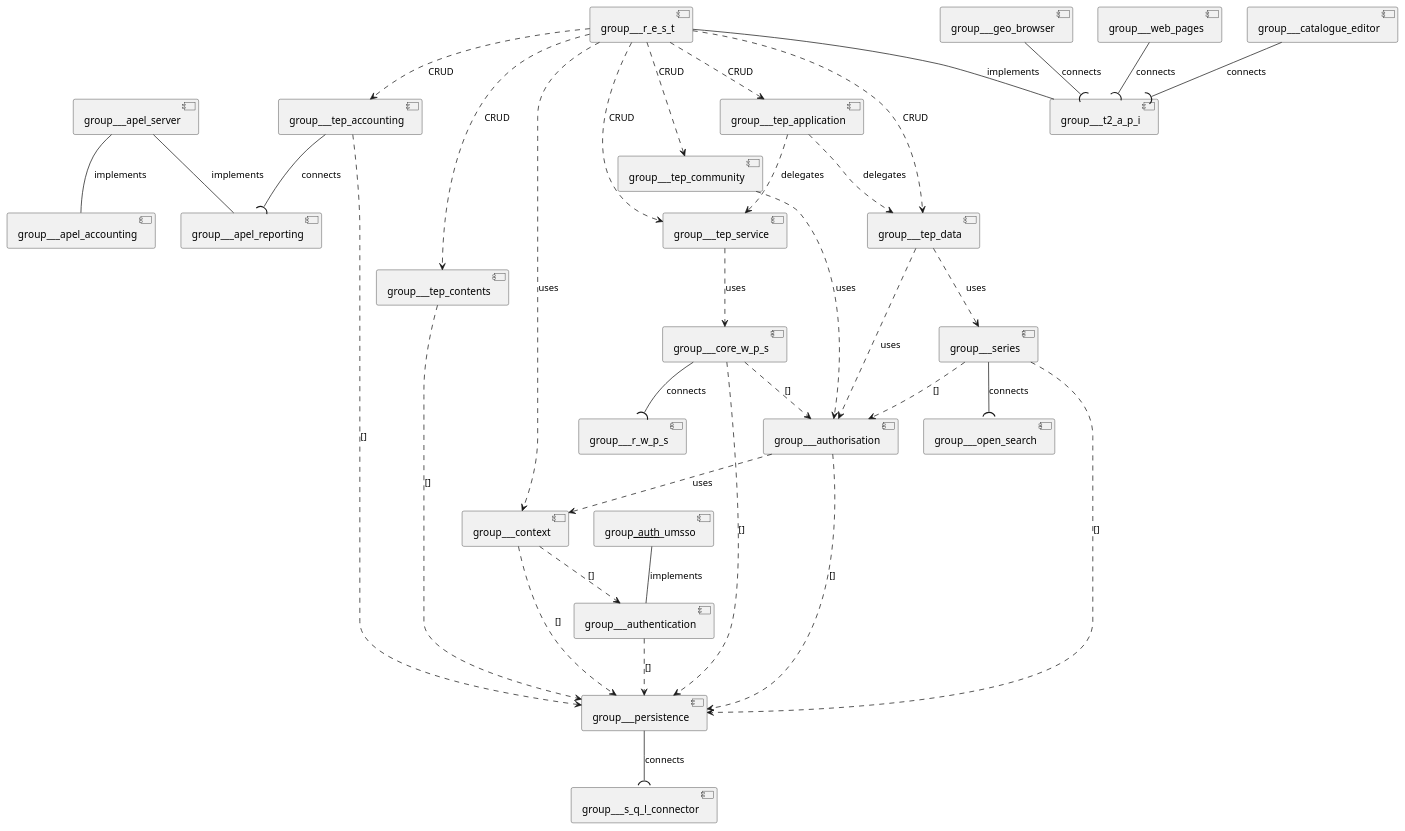
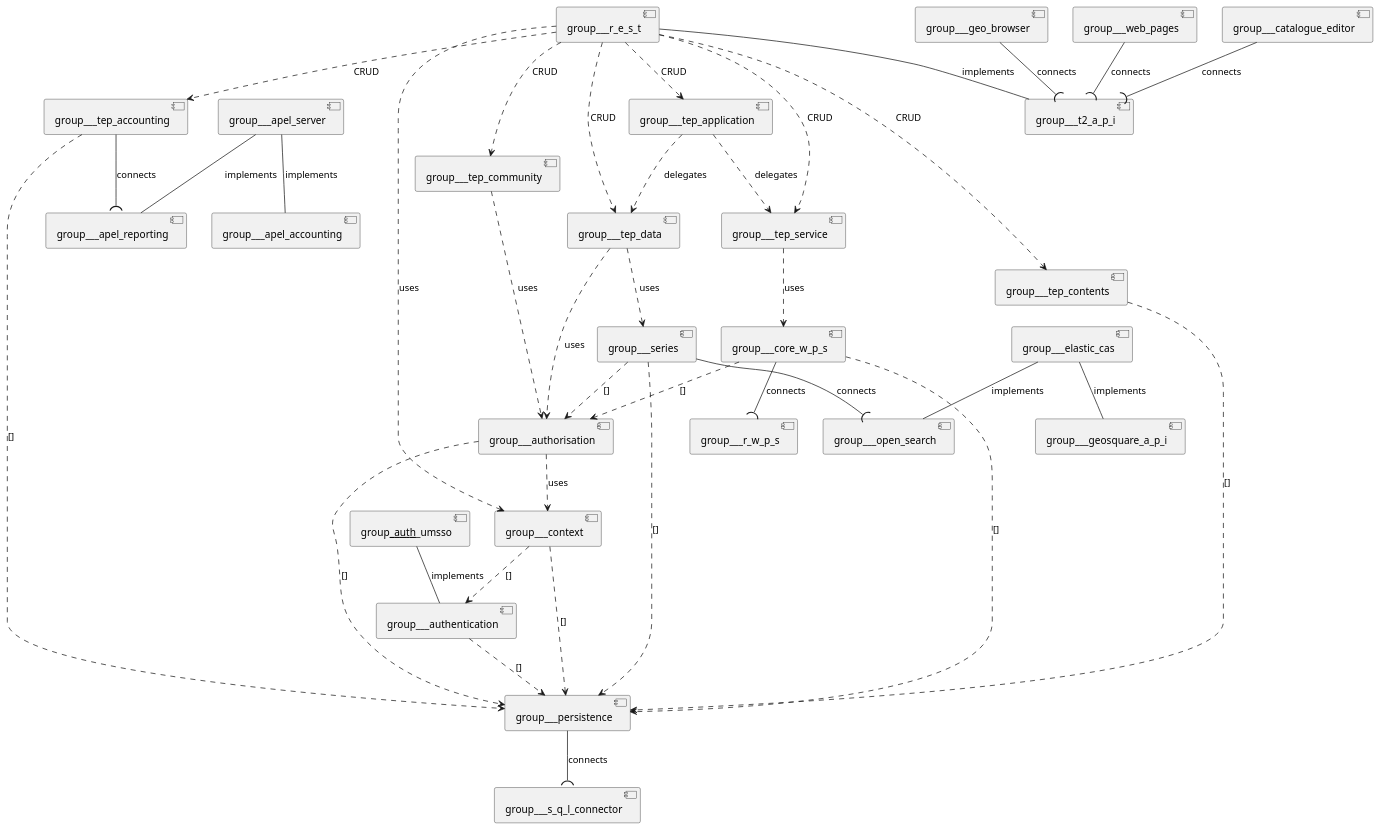
The diagram in source/groups/group_relations.iuml (urban-tep/DDF-SDD), drawn with PlantUML before and after one commit. The commit also changed 24 other files, not shown here.

```diff
--- a/source/groups/group_relations.iuml
+++ b/source/groups/group_relations.iuml
@@ -1,37 +1,39 @@
 @startuml
 [group___apel_server]  --  [group___apel_accounting] : implements
 [group___apel_server]  --  [group___apel_reporting] : implements
 [group___auth___umsso]  --  [group___authentication] : implements
 [group___authentication]  ..>  [group___persistence] : []
 [group___authorisation]  ..>  [group___persistence] : []
 [group___authorisation]  ..>  [group___context] : uses
 [group___catalogue_editor]  --(  [group___t2_a_p_i] : connects
 [group___context]  ..>  [group___persistence] : []
 [group___context]  ..>  [group___authentication] : []
 [group___core_w_p_s]  ..>  [group___persistence] : []
 [group___core_w_p_s]  ..>  [group___authorisation] : []
 [group___core_w_p_s]  --(  [group___r_w_p_s] : connects
+[group___elastic_cas]  --  [group___geosquare_a_p_i] : implements
+[group___elastic_cas]  --  [group___open_search] : implements
 [group___geo_browser]  --(  [group___t2_a_p_i] : connects
 [group___persistence]  --(  [group___s_q_l_connector] : connects
 [group___r_e_s_t]  ..>  [group___tep_accounting] : CRUD
 [group___r_e_s_t]  ..>  [group___tep_application] : CRUD
 [group___r_e_s_t]  ..>  [group___tep_community] : CRUD
 [group___r_e_s_t]  ..>  [group___tep_contents] : CRUD
 [group___r_e_s_t]  ..>  [group___tep_data] : CRUD
 [group___r_e_s_t]  ..>  [group___tep_service] : CRUD
 [group___r_e_s_t]  ..>  [group___context] : uses
 [group___r_e_s_t]  --  [group___t2_a_p_i] : implements
 [group___series]  --(  [group___open_search] : connects
 [group___series]  ..>  [group___persistence] : []
 [group___series]  ..>  [group___authorisation] : []
 [group___tep_accounting]  --(  [group___apel_reporting] : connects
 [group___tep_accounting]  ..>  [group___persistence] : []
 [group___tep_application]  ..>  [group___tep_data] : delegates
 [group___tep_application]  ..>  [group___tep_service] : delegates
 [group___tep_community]  ..>  [group___authorisation] : uses
 [group___tep_contents]  ..>  [group___persistence] : []
 [group___tep_data]  ..>  [group___authorisation] : uses
 [group___tep_data]  ..>  [group___series] : uses
 [group___tep_service]  ..>  [group___core_w_p_s] : uses
 [group___web_pages]  --(  [group___t2_a_p_i] : connects
 @enduml
```
